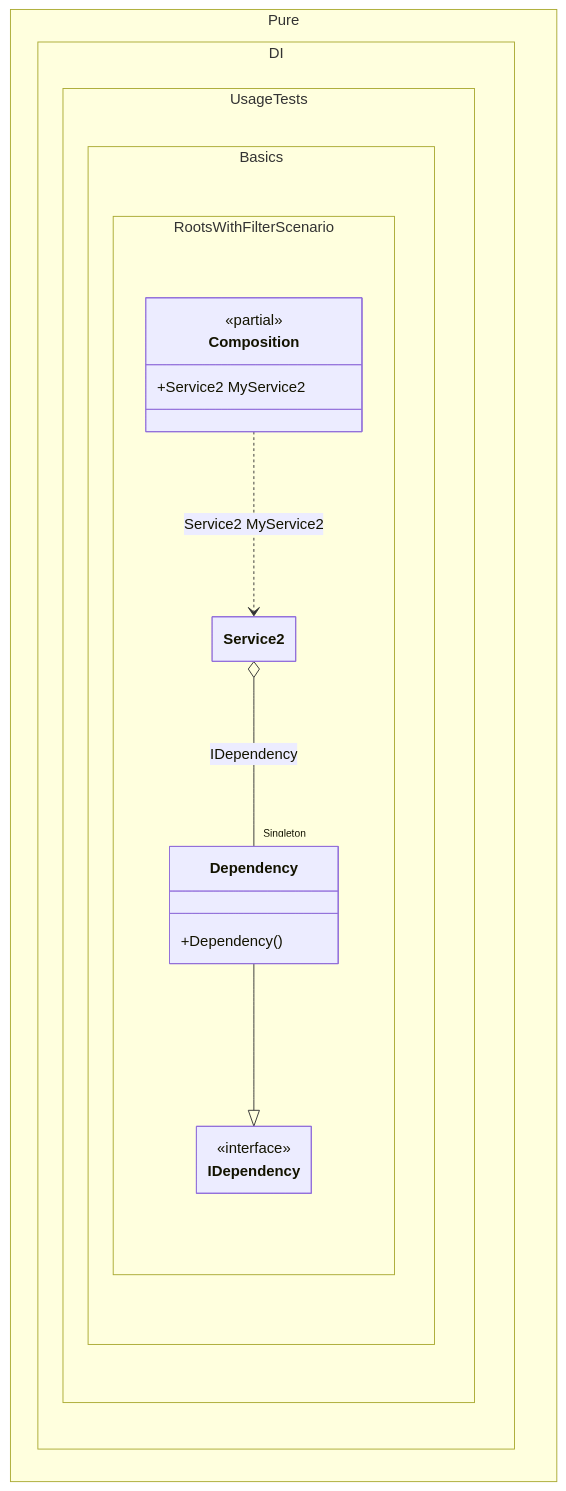
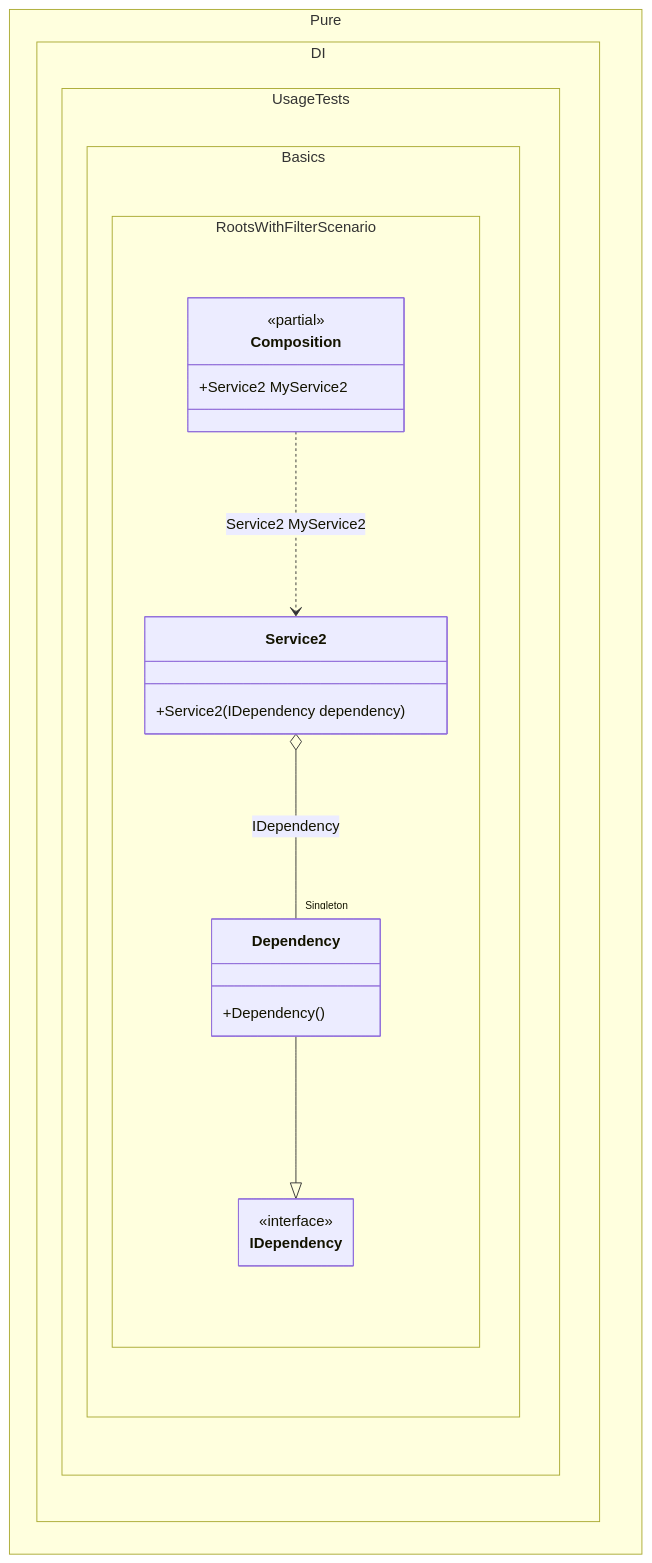
One commit to DevTeam/Pure.DI changed the diagram in readme/roots-with-filter.md. Above: the diagram before and after it, drawn with Mermaid. The commit also changed 113 other files, not shown here.

````diff
--- a/readme/roots-with-filter.md
+++ b/readme/roots-with-filter.md
@@ -100,25 +100,26 @@
 ```mermaid
 ---
  config:
   class:
    hideEmptyMembersBox: true
 ---
 classDiagram
 	Dependency --|> IDependency
 	Composition ..> Service2 : Service2 MyService2
 	Service2 o-- "Singleton" Dependency : IDependency
 	namespace Pure.DI.UsageTests.Basics.RootsWithFilterScenario {
 		class Composition {
 		<<partial>>
 		+Service2 MyService2
 		}
 		class Dependency {
 			+Dependency()
 		}
 		class IDependency {
 			<<interface>>
 		}
 		class Service2 {
+			+Service2(IDependency dependency)
 		}
 	}
 ```
````
